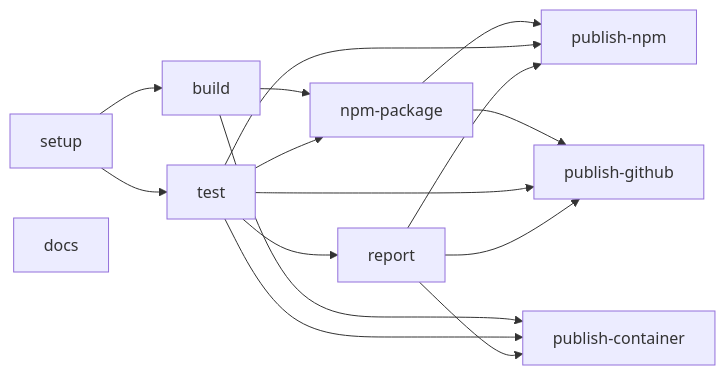
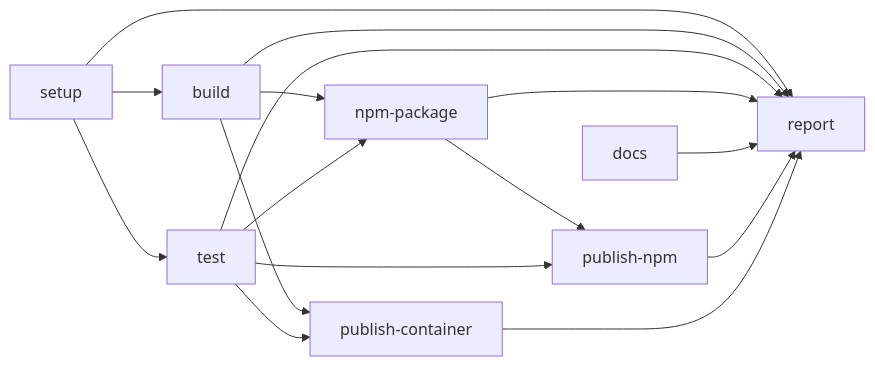
Before and after one commit to rbe/dashboard: the diagram in README.md, drawn with Mermaid. The commit also changed other lines of this file and 12 other files, not shown here.

````diff
--- a/README.md
+++ b/README.md
@@ -65,18 +59,19 @@
 ```mermaid
 flowchart LR
   setup --> build
   setup --> test
   build --> npmPackage["npm-package"]
   test --> npmPackage
-  test --> report
   docs["docs"]
   npmPackage --> publishNpm["publish-npm"]
   test --> publishNpm
-  report --> publishNpm
   build --> publishContainer["publish-container"]
   test --> publishContainer
-  report --> publishContainer
-  npmPackage --> publishGithub["publish-github"]
-  test --> publishGithub
-  report --> publishGithub
+  setup --> report
+  build --> report
+  test --> report
+  npmPackage --> report
+  docs --> report
+  publishNpm --> report
+  publishContainer --> report
 ```
````
